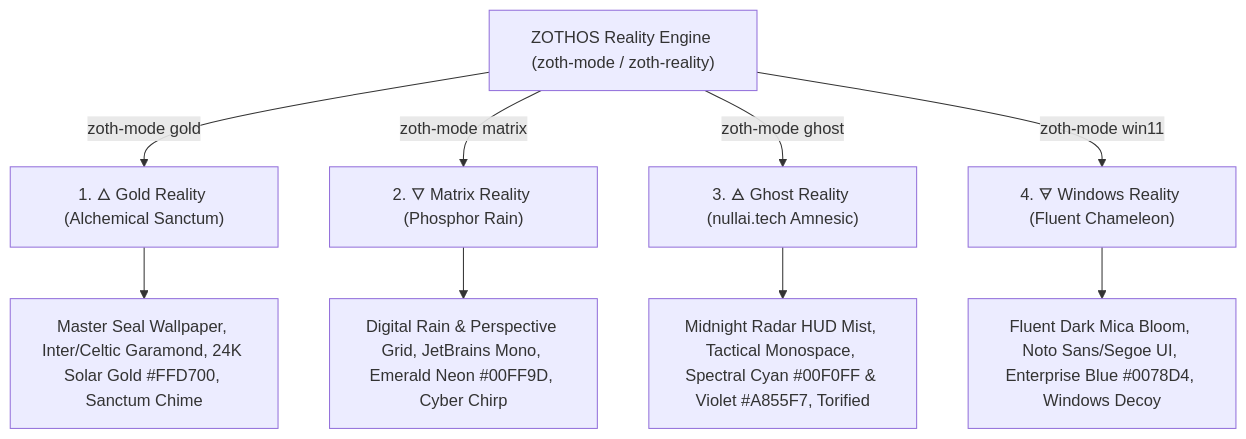
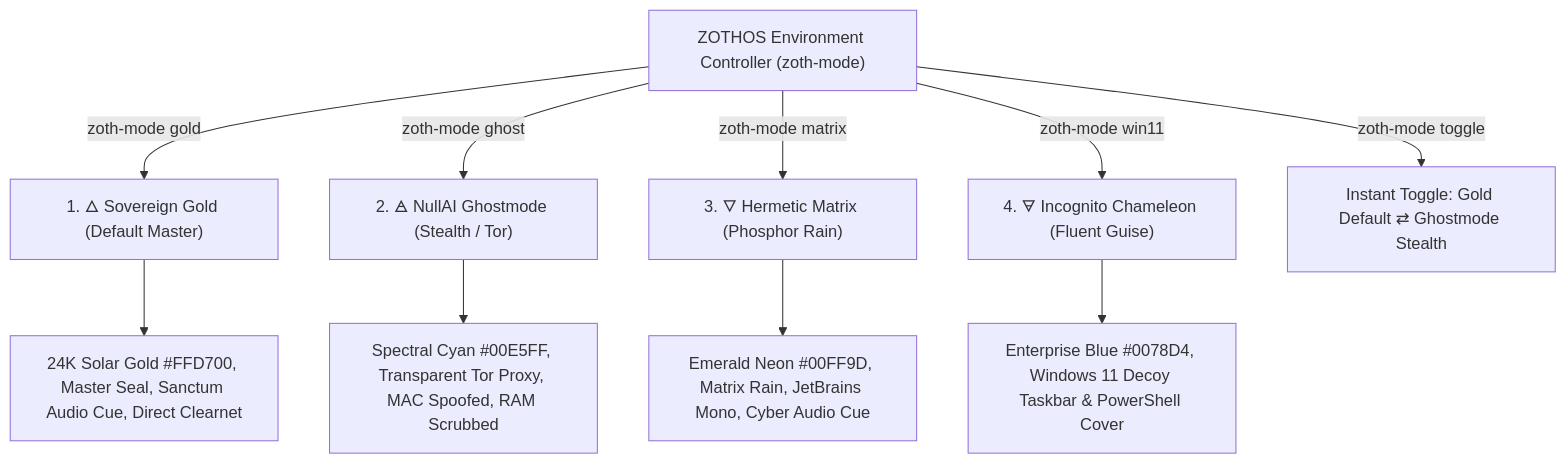
Before and after one commit to NullAITech/zoth-os: the first of 2 diagrams in README.md, drawn with Mermaid. The commit also changed other lines of this file and 413 other files, not shown here.

Commit message:
feat(release): ZothOS 3.0 master release - Sovereign Vault, Aider workstation, Netlify & Streamlit studios, Tor Browser, gold kickoff menu, and codex documentation

````diff
--- a/README.md
+++ b/README.md
@@ -40,12 +118,13 @@
 ```mermaid
 flowchart TD
-    A["ZOTHOS Reality Engine (zoth-mode / zoth-reality)"] -->|zoth-mode gold| B["1. 🜂 Gold Reality (Alchemical Sanctum)"]
-    A -->|zoth-mode matrix| C["2. 🜄 Matrix Reality (Phosphor Rain)"]
-    A -->|zoth-mode ghost| D["3. 🜁 Ghost Reality (nullai.tech Amnesic)"]
-    A -->|zoth-mode win11| E["4. 🜃 Windows Reality (Fluent Chameleon)"]
+    A["ZOTHOS Environment Controller (zoth-mode)"] -->|zoth-mode gold| B["1. 🜂 Sovereign Gold (Default Master)"]
+    A -->|zoth-mode ghost| C["2. 🜁 NullAI Ghostmode (Stealth / Tor)"]
+    A -->|zoth-mode matrix| D["3. 🜄 Hermetic Matrix (Phosphor Rain)"]
+    A -->|zoth-mode win11| E["4. 🜃 Incognito Chameleon (Fluent Guise)"]
+    A -->|zoth-mode toggle| F["Instant Toggle: Gold Default ⇄ Ghostmode Stealth"]
     
-    B --> F["Master Seal Wallpaper, Inter/Celtic Garamond, 24K Solar Gold #FFD700, Sanctum Chime"]
-    C --> G["Digital Rain & Perspective Grid, JetBrains Mono, Emerald Neon #00FF9D, Cyber Chirp"]
-    D --> H["Midnight Radar HUD Mist, Tactical Monospace, Spectral Cyan #00F0FF & Violet #A855F7, Torified"]
-    E --> I["Fluent Dark Mica Bloom, Noto Sans/Segoe UI, Enterprise Blue #0078D4, Windows Decoy"]
+    B --> G["24K Solar Gold #FFD700, Master Seal, Sanctum Audio Cue, Direct Clearnet"]
+    C --> H["Spectral Cyan #00E5FF, Transparent Tor Proxy, MAC Spoofed, RAM Scrubbed"]
+    D --> I["Emerald Neon #00FF9D, Matrix Rain, JetBrains Mono, Cyber Audio Cue"]
+    E --> J["Enterprise Blue #0078D4, Windows 11 Decoy Taskbar & PowerShell Cover"]
 ```
````
